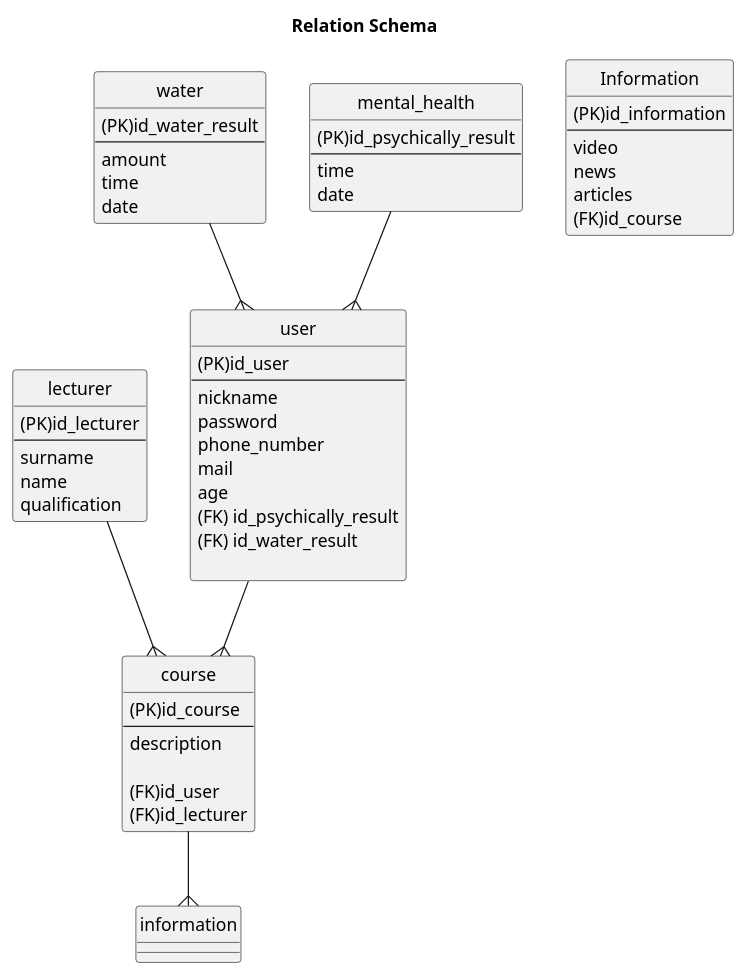
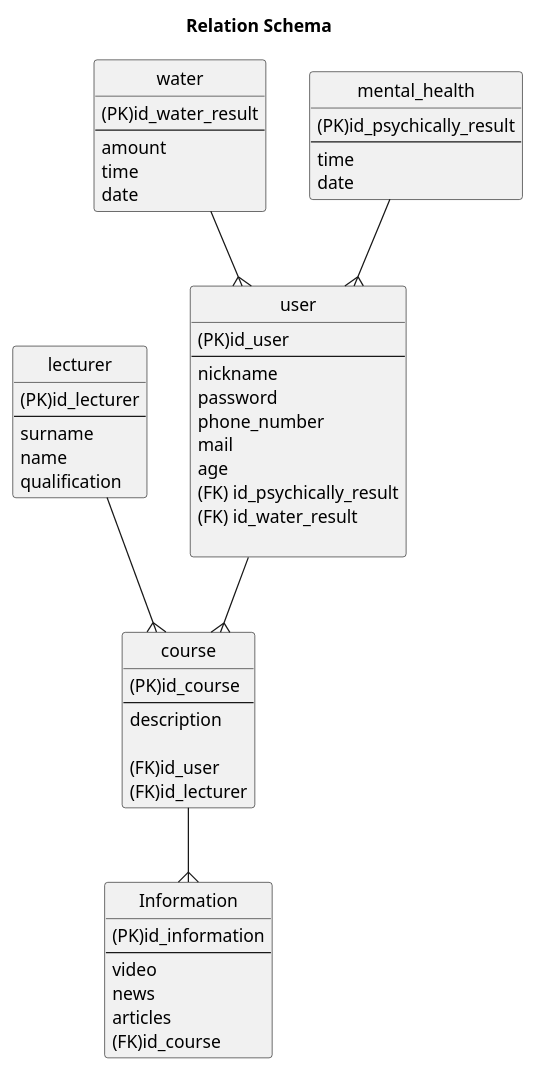
One commit to oleksandrblazhko/eai205-chobotar changed the diagram in 2.7-PlantUML/DataModel.puml. Above: the diagram before and after it, drawn with PlantUML.

```diff
--- a/2.7-PlantUML/DataModel.puml
+++ b/2.7-PlantUML/DataModel.puml
@@ -1,68 +1,68 @@
 @startuml
 title Relation Schema
 hide circle
 
 entity user {
   (PK)id_user
   --
   nickname
   password
   phone_number
   mail
   age
   (FK) id_psychically_result
   (FK) id_water_result
 
 }
 
 
 
 entity water {
   (PK)id_water_result
   --
   amount
   time
   date
 }
 
 entity mental_health {
   (PK)id_psychically_result
   --
   time
   date
 }
 
 entity Information {
   (PK)id_information
   --
   video
   news
   articles
   (FK)id_course
 }
 
 entity course {
   (PK)id_course
   --
   description
   
 (FK)id_user
 (FK)id_lecturer
 }
 
 entity lecturer {
   (PK)id_lecturer
   --
   surname 
   name
   qualification
 }
 
 
 user --{ course
 water --{ user
 mental_health --{ user
-course --{ information
+course --{ Information
 lecturer --{ course
 
 @enduml
```
